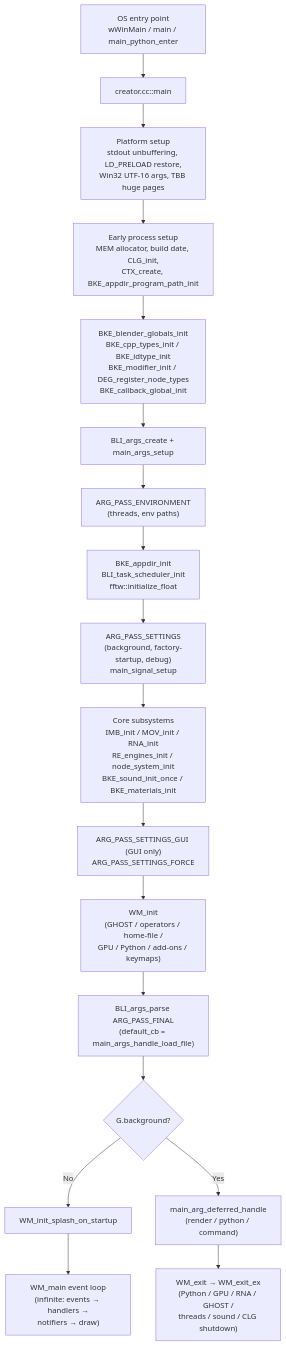
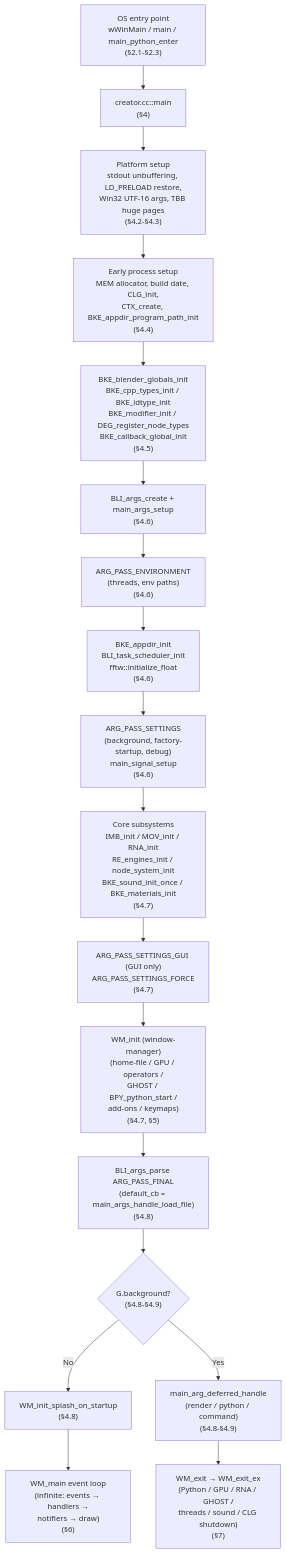
One commit to euclid-skyline/Blender_Internals_Notes changed the second of 3 diagrams in Blender_Bootstrapping.md. Above: the diagram before and after it, drawn with Mermaid. The commit also changed other lines of this file, not shown here.

First line of the commit message:
docs: enhance Blender_Bootstrapping.md with detailed source references and clarifications

````diff
--- a/Blender_Bootstrapping.md
+++ b/Blender_Bootstrapping.md
@@ -329,21 +356,21 @@
 ```mermaid
 flowchart TD
-    A["OS entry point<br/>wWinMain / main / main_python_enter"] --> B["creator.cc::main"
+  A["OS entry point<br/>wWinMain / main / main_python_enter<br/>(§2.1-§2.3)"] --> B["creator.cc::main<br/>(§4)"
 ]
-    B --> B0["Platform setup<br/>stdout unbuffering, LD_PRELOAD restore,<br/>Win32 UTF-16 args, TBB huge pages"]
-    B0 --> C["Early process setup<br/>MEM allocator, build date, CLG_init,<br/>CTX_create, BKE_appdir_program_path_init"]
-    C --> D["BKE_blender_globals_init<br/>BKE_cpp_types_init / BKE_idtype_init<br/>BKE_modifier_init / DEG_register_node_types<br/>BKE_callback_global_init"]
-    D --> E["BLI_args_create + main_args_setup"]
-    E --> F["ARG_PASS_ENVIRONMENT<br/>(threads, env paths)"]
-    F --> G["BKE_appdir_init<br/>BLI_task_scheduler_init<br/>fftw::initialize_float"]
-    G --> H["ARG_PASS_SETTINGS<br/>(background, factory-startup, debug)<br/>main_signal_setup"]
-    H --> I["Core subsystems<br/>IMB_init / MOV_init / RNA_init<br/>RE_engines_init / node_system_init<br/>BKE_sound_init_once / BKE_materials_init"]
-    I --> I2["ARG_PASS_SETTINGS_GUI (GUI only)<br/>ARG_PASS_SETTINGS_FORCE"]
-    I2 --> J["WM_init<br/>(GHOST / operators / home-file /<br/>GPU / Python / add-ons / keymaps)"]
-    J --> K["BLI_args_parse ARG_PASS_FINAL<br/>(default_cb = main_args_handle_load_file)"]
-    K --> L{"G.background?"}
-    L -- No --> M["WM_init_splash_on_startup"]
-    M --> N["WM_main event loop<br/>(infinite: events → handlers →<br/>notifiers → draw)"]
-    L -- Yes --> O["main_arg_deferred_handle<br/>(render / python / command)"]
-    O --> P["WM_exit → WM_exit_ex<br/>(Python / GPU / RNA / GHOST /<br/>threads / sound / CLG shutdown)"]
+  B --> B0["Platform setup<br/>stdout unbuffering, LD_PRELOAD restore,<br/>Win32 UTF-16 args, TBB huge pages<br/>(§4.2-§4.3)"]
+  B0 --> C["Early process setup<br/>MEM allocator, build date, CLG_init,<br/>CTX_create, BKE_appdir_program_path_init<br/>(§4.4)"]
+  C --> D["BKE_blender_globals_init<br/>BKE_cpp_types_init / BKE_idtype_init<br/>BKE_modifier_init / DEG_register_node_types<br/>BKE_callback_global_init<br/>(§4.5)"]
+  D --> E["BLI_args_create + main_args_setup<br/>(§4.6)"]
+  E --> F["ARG_PASS_ENVIRONMENT<br/>(threads, env paths)<br/>(§4.6)"]
+  F --> G["BKE_appdir_init<br/>BLI_task_scheduler_init<br/>fftw::initialize_float<br/>(§4.6)"]
+  G --> H["ARG_PASS_SETTINGS<br/>(background, factory-startup, debug)<br/>main_signal_setup<br/>(§4.6)"]
+  H --> I["Core subsystems<br/>IMB_init / MOV_init / RNA_init<br/>RE_engines_init / node_system_init<br/>BKE_sound_init_once / BKE_materials_init<br/>(§4.7)"]
+  I --> I2["ARG_PASS_SETTINGS_GUI (GUI only)<br/>ARG_PASS_SETTINGS_FORCE<br/>(§4.7)"]
+  I2 --> J["WM_init (window-manager)<br/>(home-file / GPU / operators /<br/>GHOST / BPY_python_start /<br/>add-ons / keymaps)<br/>(§4.7, §5)"]
+  J --> K["BLI_args_parse ARG_PASS_FINAL<br/>(default_cb = main_args_handle_load_file)<br/>(§4.8)"]
+  K --> L{"G.background?<br/>(§4.8-§4.9)"}
+  L -- No --> M["WM_init_splash_on_startup<br/>(§4.8)"]
+  M --> N["WM_main event loop<br/>(infinite: events → handlers →<br/>notifiers → draw)<br/>(§6)"]
+  L -- Yes --> O["main_arg_deferred_handle<br/>(render / python / command)<br/>(§4.8-§4.9)"]
+  O --> P["WM_exit → WM_exit_ex<br/>(Python / GPU / RNA / GHOST /<br/>threads / sound / CLG shutdown)<br/>(§7)"]
 ```
````
